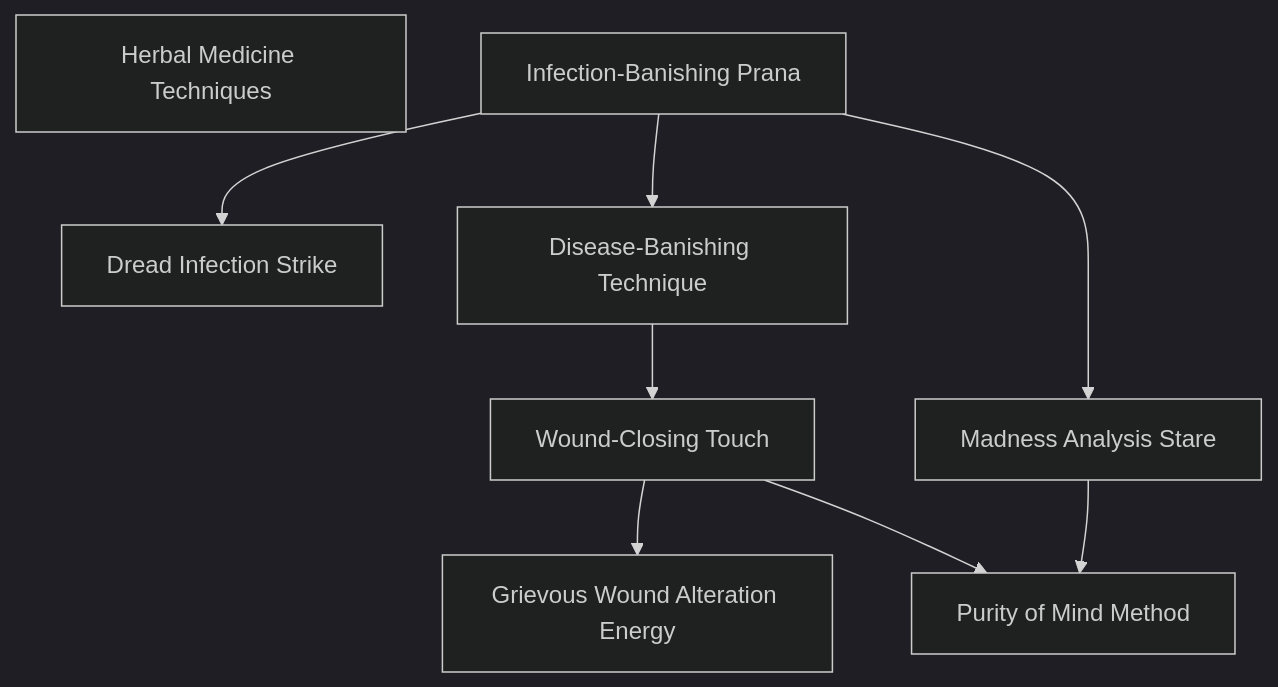
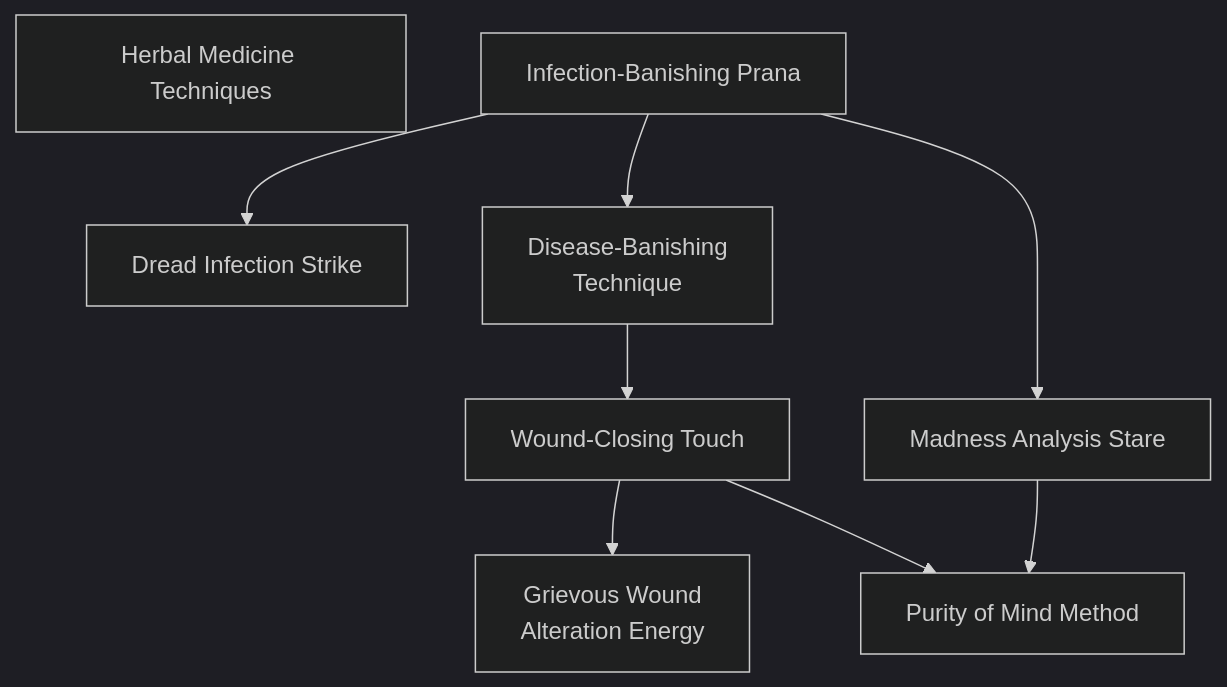
Before and after one commit to jrobichaud/exalted-charms-1e: the diagram in docs/mermaid/dragon_blooded/wood_medicine_2.mmd, drawn with Mermaid. The commit also changed 14 other files, not shown here.

```diff
--- a/docs/mermaid/dragon_blooded/wood_medicine_2.mmd
+++ b/docs/mermaid/dragon_blooded/wood_medicine_2.mmd
@@ -105,7 +105,7 @@
         a Combo with Charms of other Abilities.
         "
 
-    disease_banishing_technique[Disease-Banishing Technique]
+    disease_banishing_technique[Disease-Banishing<br>Technique]
     infection_banishing_prana --> disease_banishing_technique
     click disease_banishing_technique callback "
         Disease-Banishing Technique<br>
@@ -165,7 +165,7 @@
         Charm can also be used on other characters.
         "
 
-    grievous_wound_alteration_energy[Grievous Wound Alteration Energy]
+    grievous_wound_alteration_energy[Grievous Wound<br>Alteration Energy]
     wound_closing_touch --> grievous_wound_alteration_energy
     click grievous_wound_alteration_energy callback "
         Grievous Wound Alteration Energy<br>
```
